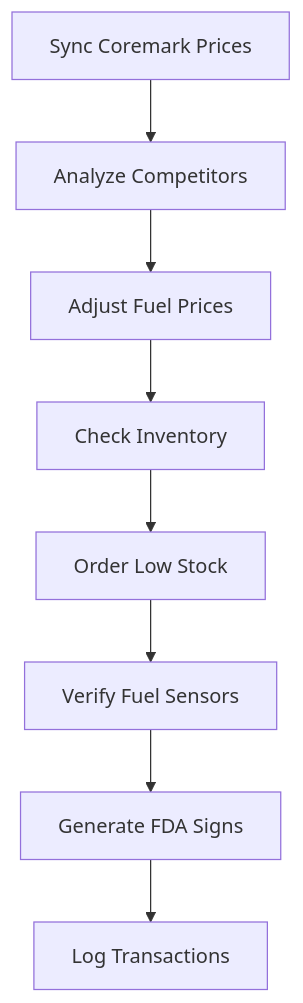
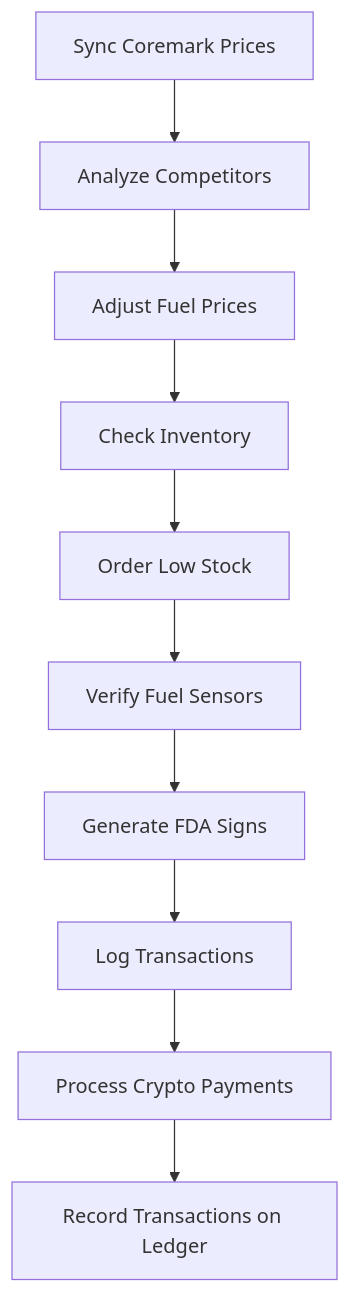
One commit to Doctor0Evil/AMPM changed the first of 2 diagrams in README.md. Above: the diagram before and after it, drawn with Mermaid. The commit also changed other lines of this file, not shown here.

````diff
--- a/README.md
+++ b/README.md
@@ -183,10 +83,12 @@
 ```mermaid
 graph TD
 A[Sync Coremark Prices] --> B[Analyze Competitors]
 B --> C[Adjust Fuel Prices]
 C --> D[Check Inventory]
 D --> E[Order Low Stock]
 E --> F[Verify Fuel Sensors]
 F --> G[Generate FDA Signs]
 G --> H[Log Transactions]
+H --> I[Process Crypto Payments]
+I --> J[Record Transactions on Ledger]
 ```
````
